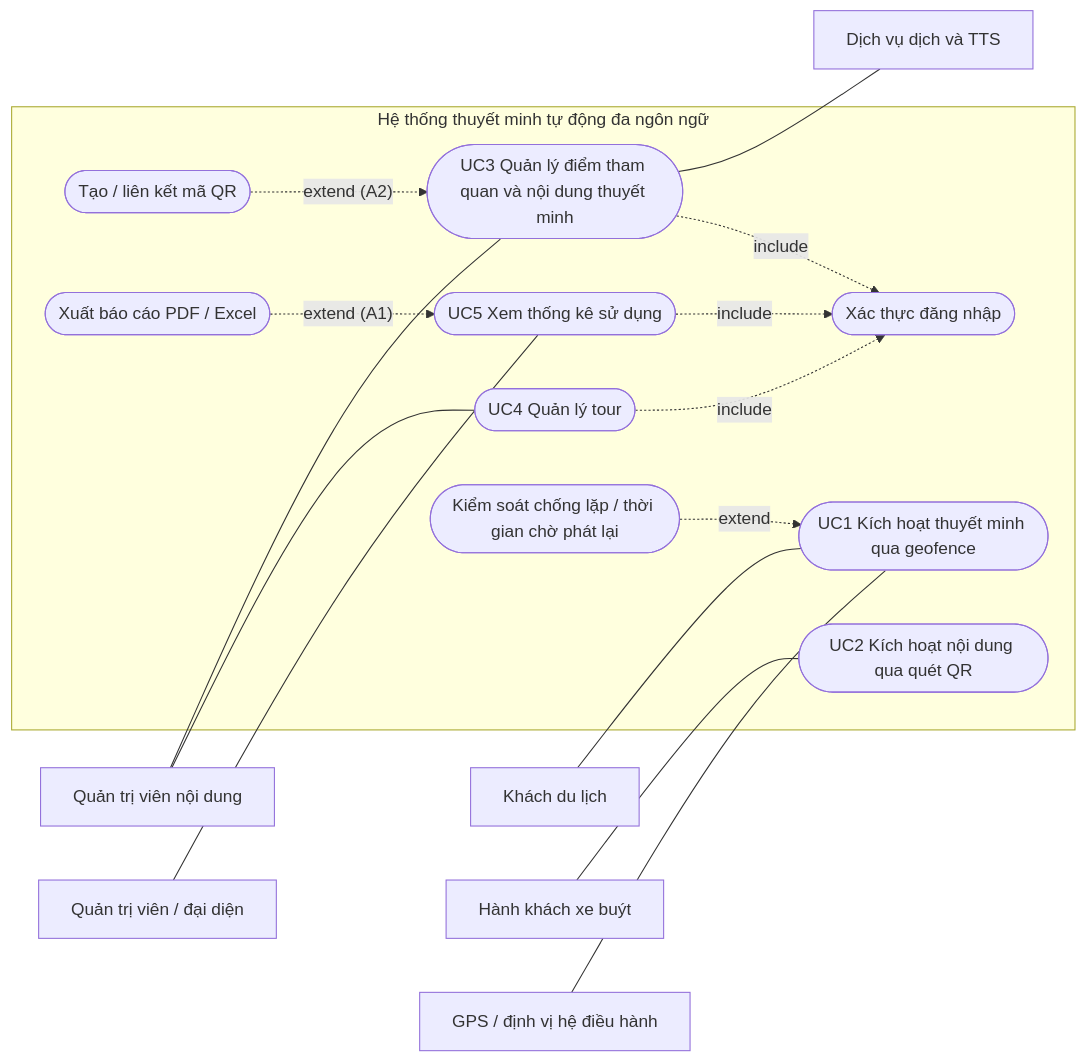
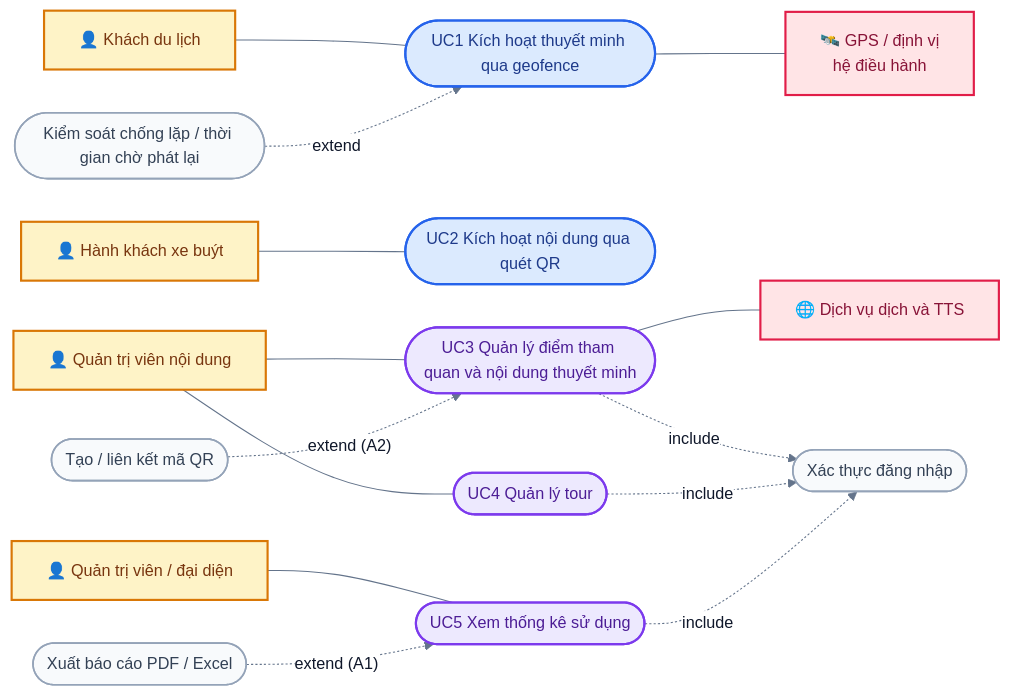
Before and after one commit to AiraLeFatale/CongNghePhanMem_Project: the fifth of 23 diagrams in docs/01-SRS.md, drawn with Mermaid. The commit also changed other lines of this file and 181 other files, not shown here.

First line of the commit message:
Thêm sơ đồ trực quan cho mọi mục tài liệu, thống nhất bộ màu

````diff
--- a/docs/01-SRS.md
+++ b/docs/01-SRS.md
@@ -70,36 +178,40 @@
 ```mermaid
+%%{init: {"theme":"base","fontFamily":"Helvetica Neue, Arial, sans-serif","themeVariables":{"fontFamily":"Helvetica Neue, Arial, sans-serif","fontSize":"15px","primaryColor":"#EFF6FF","primaryBorderColor":"#3B82F6","primaryTextColor":"#0F172A","lineColor":"#64748B","secondaryColor":"#F0FDF4","tertiaryColor":"#FFFFFF","clusterBkg":"#F8FAFC","clusterBorder":"#CBD5E1","edgeLabelBackground":"#FFFFFF","noteBkgColor":"#FEF9C3","noteBorderColor":"#EAB308","actorBkg":"#DBEAFE","actorBorder":"#2563EB","actorTextColor":"#1E3A8A","signalColor":"#475569","signalTextColor":"#0F172A","labelBoxBkgColor":"#F1F5F9","labelBoxBorderColor":"#94A3B8","activationBkgColor":"#E0F2FE","activationBorderColor":"#0284C7","sequenceNumberColor":"#FFFFFF","pie1":"#16A34A","pie2":"#F59E0B","pie3":"#94A3B8","pie4":"#DC2626","pie5":"#2563EB","pie6":"#7C3AED","pieStrokeColor":"#FFFFFF","pieSectionTextColor":"#FFFFFF","quadrant1Fill":"#FEE2E2","quadrant2Fill":"#FEF3C7","quadrant3Fill":"#DCFCE7","quadrant4Fill":"#FEF3C7","quadrantPointFill":"#1E3A8A","quadrantPointTextFill":"#0F172A","git0":"#1E3A8A","gitBranchLabel0":"#FFFFFF","cScale0":"#DBEAFE","cScale1":"#DCFCE7","cScale2":"#EDE9FE","cScale3":"#FEF3C7","cScale4":"#FFE4E6","cScale5":"#E0F2FE","cScale6":"#F1F5F9"},"flowchart":{"curve":"basis","padding":16,"nodeSpacing":40,"rankSpacing":50},"sequence":{"showSequenceNumbers":true,"mirrorActors":false}}}%%
 flowchart LR
-    TOURIST["Khách du lịch"]
-    PASSENGER["Hành khách xe buýt"]
-    CADMIN["Quản trị viên nội dung"]
-    RADMIN["Quản trị viên / đại diện"]
-    GPS["GPS / định vị hệ điều hành"]
-    EXT["Dịch vụ dịch và TTS"]
+    TOURIST["👤 Khách du lịch"]:::actor
+    PASSENGER["👤 Hành khách xe buýt"]:::actor
+    CADMIN["👤 Quản trị viên nội dung"]:::actor
+    RADMIN["👤 Quản trị viên / đại diện"]:::actor
 
-    subgraph SYS["Hệ thống thuyết minh tự động đa ngôn ngữ"]
-        UC1(["UC1 Kích hoạt thuyết minh qua geofence"])
-        UC2(["UC2 Kích hoạt nội dung qua quét QR"])
-        UC3(["UC3 Quản lý điểm tham quan và nội dung thuyết minh"])
-        UC4(["UC4 Quản lý tour"])
-        UC5(["UC5 Xem thống kê sử dụng"])
-        LOGIN(["Xác thực đăng nhập"])
-        COOL(["Kiểm soát chống lặp / thời gian chờ phát lại"])
-        QRGEN(["Tạo / liên kết mã QR"])
-        EXPORT(["Xuất báo cáo PDF / Excel"])
-    end
+    UC1(["UC1 Kích hoạt thuyết minh qua geofence"]):::mobile
+    UC2(["UC2 Kích hoạt nội dung qua quét QR"]):::mobile
+    UC3(["UC3 Quản lý điểm tham quan và nội dung thuyết minh"]):::cms
+    UC4(["UC4 Quản lý tour"]):::cms
+    UC5(["UC5 Xem thống kê sử dụng"]):::cms
+    LOGIN(["Xác thực đăng nhập"]):::neutral
+    COOL(["Kiểm soát chống lặp / thời gian chờ phát lại"]):::neutral
+    QRGEN(["Tạo / liên kết mã QR"]):::neutral
+    EXPORT(["Xuất báo cáo PDF / Excel"]):::neutral
+    GPS["🛰️ GPS / định vị<br/>hệ điều hành"]:::ext
+    EXT["🌐 Dịch vụ dịch và TTS"]:::ext
 
     TOURIST --- UC1
-    GPS --- UC1
     PASSENGER --- UC2
     CADMIN --- UC3
     CADMIN --- UC4
     RADMIN --- UC5
+    UC1 --- GPS
     UC3 --- EXT
 
     COOL -. "extend" .-> UC1
     UC3 -. "include" .-> LOGIN
     UC4 -. "include" .-> LOGIN
     UC5 -. "include" .-> LOGIN
     QRGEN -. "extend (A2)" .-> UC3
     EXPORT -. "extend (A1)" .-> UC5
+    classDef actor fill:#FEF3C7,stroke:#D97706,stroke-width:2px,color:#78350F
+    classDef cms fill:#EDE9FE,stroke:#7C3AED,stroke-width:2px,color:#4C1D95
+    classDef ext fill:#FFE4E6,stroke:#E11D48,stroke-width:2px,color:#881337
+    classDef mobile fill:#DBEAFE,stroke:#2563EB,stroke-width:2px,color:#1E3A8A
+    classDef neutral fill:#F8FAFC,stroke:#94A3B8,stroke-width:1.5px,color:#334155
 ```
````
